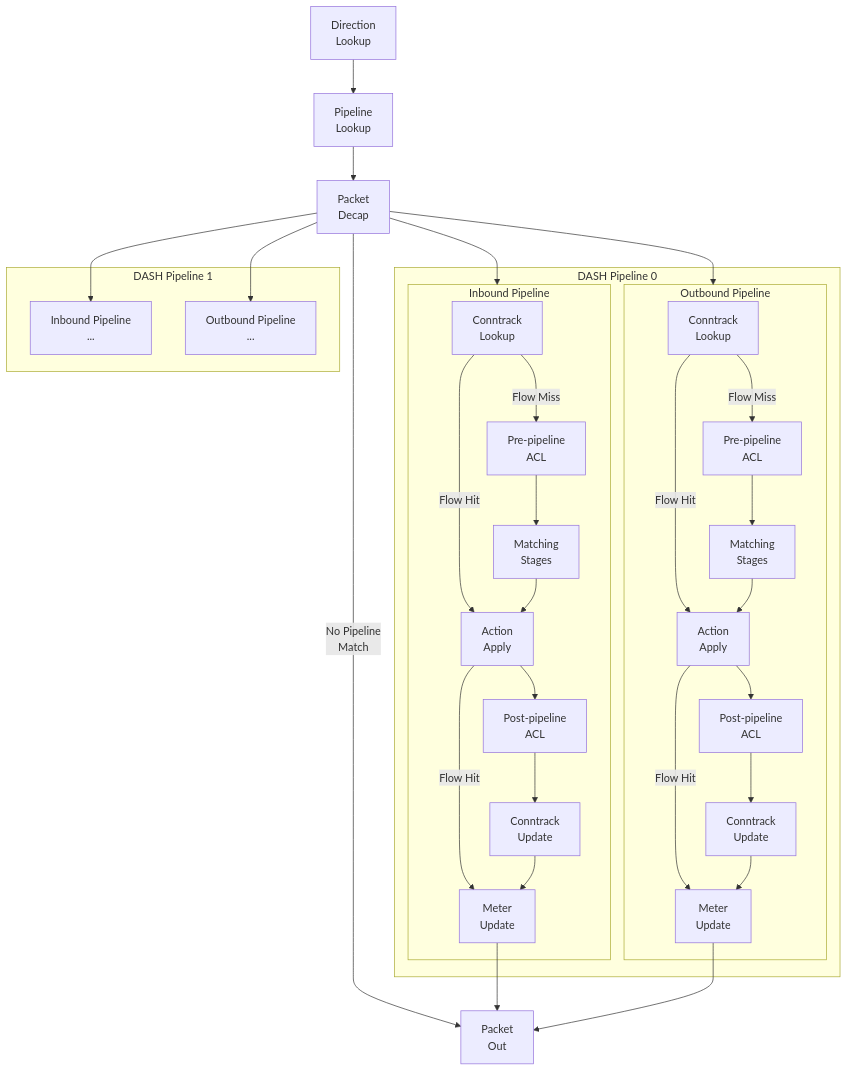
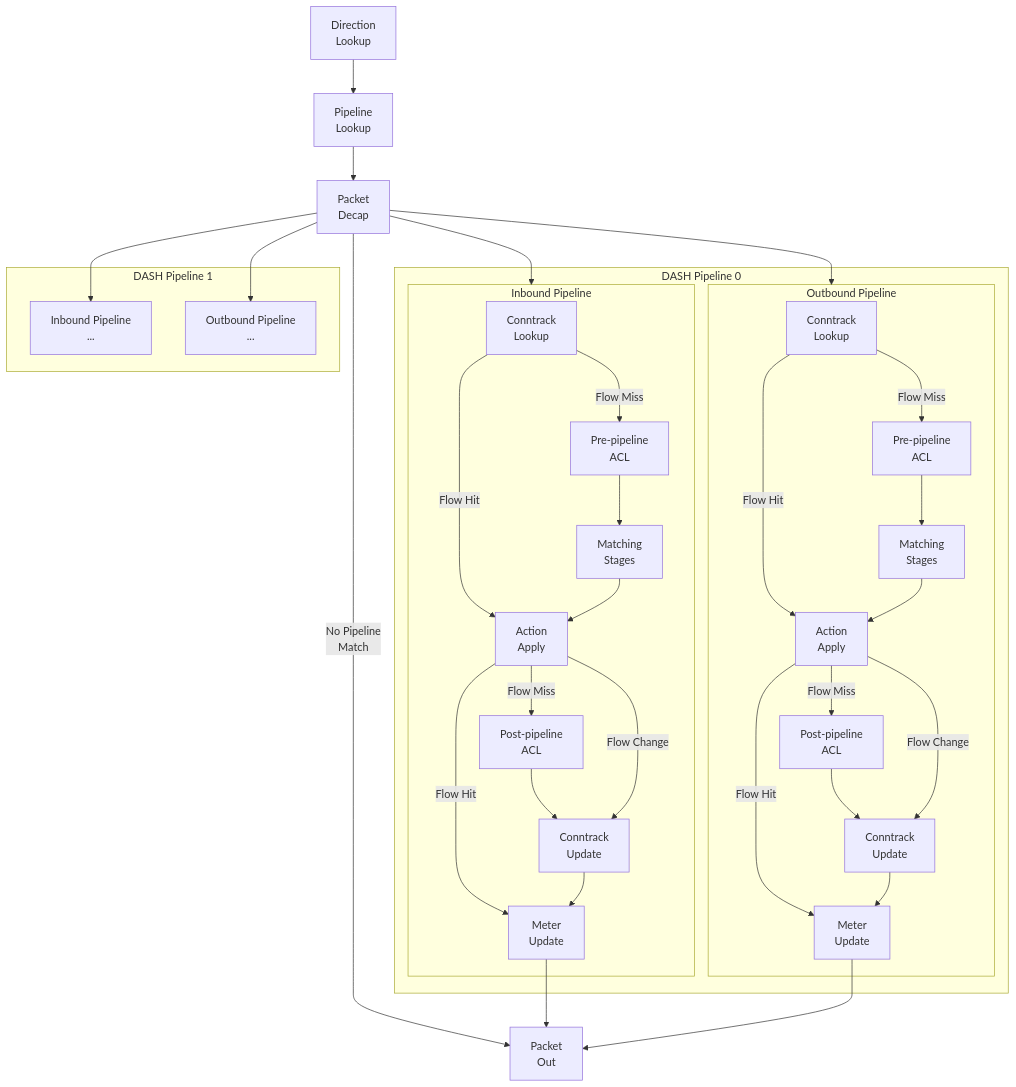
One commit to sonic-net/DASH changed the first of 5 diagrams in documentation/general/dash-sai-pipeline-packet-flow.md. Above: the diagram before and after it, drawn with Mermaid. The commit also changed other lines of this file, not shown here.

Commit message:
Adding placeholder for flow resimulation.

````diff
--- a/documentation/general/dash-sai-pipeline-packet-flow.md
+++ b/documentation/general/dash-sai-pipeline-packet-flow.md
@@ -57,64 +58,66 @@
 ```mermaid
 flowchart TB
     DL[Direction<br>Lookup]
     PL[Pipeline<br>Lookup]
     PD[Packet<br>Decap]
 
     subgraph P0[DASH Pipeline 0]
         subgraph In0[Inbound Pipeline]
             CTL0[Conntrack<br>Lookup]
             PreACL0[Pre-pipeline<br>ACL]
             MATS0[Matching<br>Stages]
             AA0[Action<br>Apply]
             PostACL0[Post-pipeline<br>ACL]
             CTU0[Conntrack<br>Update]
             MS0[Meter<br>Update]
         end
 
         subgraph Out0[Outbound Pipeline]
             CTL1[Conntrack<br>Lookup]
             PreACL1[Pre-pipeline<br>ACL]
             MATS1[Matching<br>Stages]
             AA1[Action<br>Apply]
             PostACL1[Post-pipeline<br>ACL]
             CTU1[Conntrack<br>Update]
             MS1[Meter<br>Update]
         end
     end
 
     subgraph P1[DASH Pipeline 1]
         In1[Inbound Pipeline<br>...]
         Out1[Outbound Pipeline<br>...]
     end
 
     Out[Packet<br>Out]
 
     DL --> PL
     PL --> PD
 
     PD --> In0
     PD --> Out0
     PD --> In1
     PD --> Out1 
     PD --> |No Pipeline<br>Match| Out
 
     CTL0 --> |Flow Miss| PreACL0
     CTL0 --> |Flow Hit| AA0
     PreACL0 --> MATS0
     MATS0 --> AA0
-    AA0 --> PostACL0
+    AA0 --> |Flow Miss| PostACL0
     PostACL0 --> CTU0
     AA0 --> |Flow Hit| MS0
+    AA0 --> |Flow Change| CTU0
     CTU0 --> MS0
     MS0 --> Out
 
     CTL1 --> |Flow Miss| PreACL1
     CTL1 --> |Flow Hit| AA1
     PreACL1 --> MATS1
     MATS1 --> AA1
-    AA1 --> PostACL1
+    AA1 --> |Flow Miss| PostACL1
     PostACL1 --> CTU1
     AA1 --> |Flow Hit| MS1
+    AA1 --> |Flow Change| CTU1
     CTU1 --> MS1
     MS1 --> Out
 ```
````
